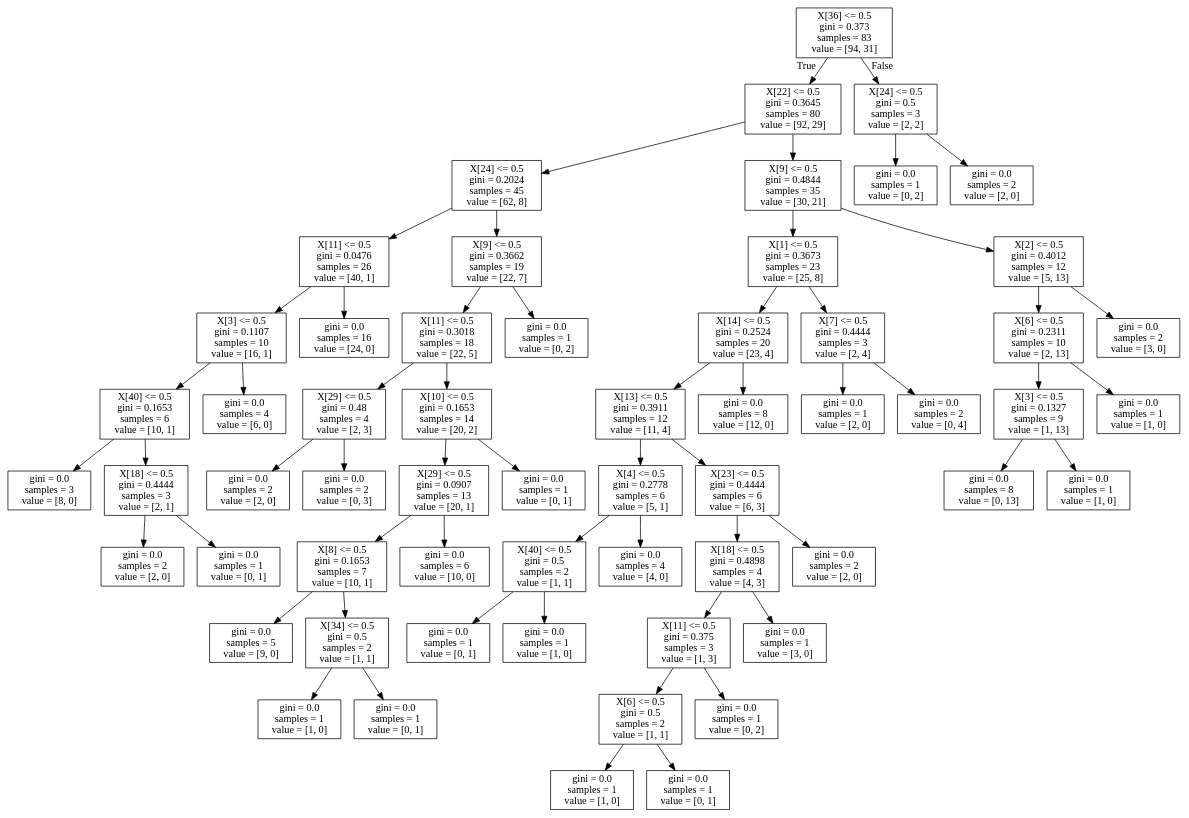
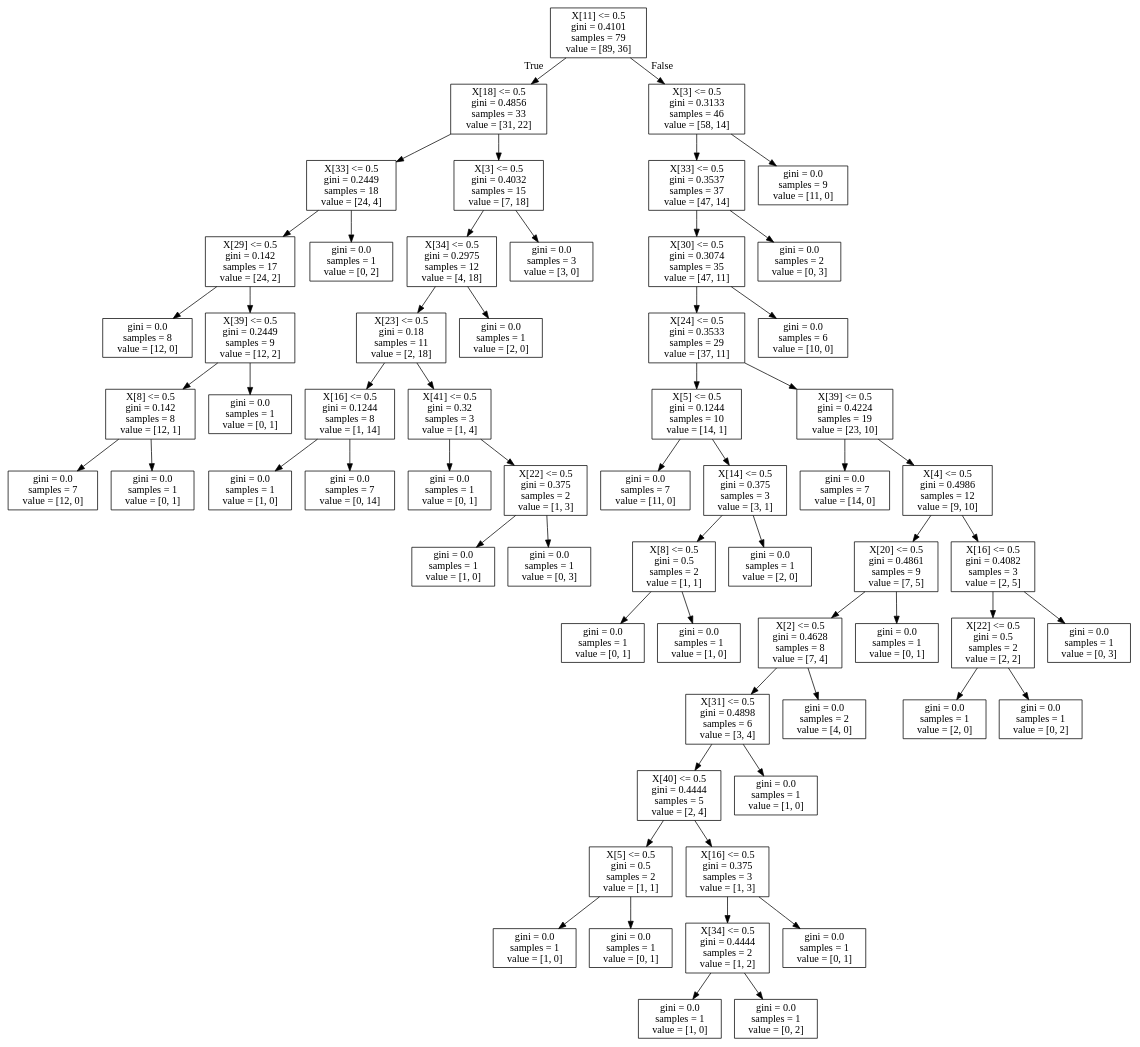
Before and after one commit to aaronfowles/elastography: the diagram in tree4.dot, drawn with Graphviz. The commit also changed 11 other files, not shown here.

```diff
--- a/tree4.dot
+++ b/tree4.dot
@@ -1,120 +1,124 @@
 digraph Tree {
 node [shape=box] ;
-0 [label="X[36] <= 0.5\ngini = 0.373\nsamples = 83\nvalue = [94, 31]"] ;
-1 [label="X[22] <= 0.5\ngini = 0.3645\nsamples = 80\nvalue = [92, 29]"] ;
+0 [label="X[11] <= 0.5\ngini = 0.4101\nsamples = 79\nvalue = [89, 36]"] ;
+1 [label="X[18] <= 0.5\ngini = 0.4856\nsamples = 33\nvalue = [31, 22]"] ;
 0 -> 1 [labeldistance=2.5, labelangle=45, headlabel="True"] ;
-2 [label="X[24] <= 0.5\ngini = 0.2024\nsamples = 45\nvalue = [62, 8]"] ;
+2 [label="X[33] <= 0.5\ngini = 0.2449\nsamples = 18\nvalue = [24, 4]"] ;
 1 -> 2 ;
-3 [label="X[11] <= 0.5\ngini = 0.0476\nsamples = 26\nvalue = [40, 1]"] ;
+3 [label="X[29] <= 0.5\ngini = 0.142\nsamples = 17\nvalue = [24, 2]"] ;
 2 -> 3 ;
-4 [label="X[3] <= 0.5\ngini = 0.1107\nsamples = 10\nvalue = [16, 1]"] ;
+4 [label="gini = 0.0\nsamples = 8\nvalue = [12, 0]"] ;
 3 -> 4 ;
-5 [label="X[40] <= 0.5\ngini = 0.1653\nsamples = 6\nvalue = [10, 1]"] ;
-4 -> 5 ;
-6 [label="gini = 0.0\nsamples = 3\nvalue = [8, 0]"] ;
+5 [label="X[39] <= 0.5\ngini = 0.2449\nsamples = 9\nvalue = [12, 2]"] ;
+3 -> 5 ;
+6 [label="X[8] <= 0.5\ngini = 0.142\nsamples = 8\nvalue = [12, 1]"] ;
 5 -> 6 ;
-7 [label="X[18] <= 0.5\ngini = 0.4444\nsamples = 3\nvalue = [2, 1]"] ;
-5 -> 7 ;
-8 [label="gini = 0.0\nsamples = 2\nvalue = [2, 0]"] ;
-7 -> 8 ;
+7 [label="gini = 0.0\nsamples = 7\nvalue = [12, 0]"] ;
+6 -> 7 ;
+8 [label="gini = 0.0\nsamples = 1\nvalue = [0, 1]"] ;
+6 -> 8 ;
 9 [label="gini = 0.0\nsamples = 1\nvalue = [0, 1]"] ;
-7 -> 9 ;
-10 [label="gini = 0.0\nsamples = 4\nvalue = [6, 0]"] ;
-4 -> 10 ;
-11 [label="gini = 0.0\nsamples = 16\nvalue = [24, 0]"] ;
-3 -> 11 ;
-12 [label="X[9] <= 0.5\ngini = 0.3662\nsamples = 19\nvalue = [22, 7]"] ;
-2 -> 12 ;
-13 [label="X[11] <= 0.5\ngini = 0.3018\nsamples = 18\nvalue = [22, 5]"] ;
+5 -> 9 ;
+10 [label="gini = 0.0\nsamples = 1\nvalue = [0, 2]"] ;
+2 -> 10 ;
+11 [label="X[3] <= 0.5\ngini = 0.4032\nsamples = 15\nvalue = [7, 18]"] ;
+1 -> 11 ;
+12 [label="X[34] <= 0.5\ngini = 0.2975\nsamples = 12\nvalue = [4, 18]"] ;
+11 -> 12 ;
+13 [label="X[23] <= 0.5\ngini = 0.18\nsamples = 11\nvalue = [2, 18]"] ;
 12 -> 13 ;
-14 [label="X[29] <= 0.5\ngini = 0.48\nsamples = 4\nvalue = [2, 3]"] ;
+14 [label="X[16] <= 0.5\ngini = 0.1244\nsamples = 8\nvalue = [1, 14]"] ;
 13 -> 14 ;
-15 [label="gini = 0.0\nsamples = 2\nvalue = [2, 0]"] ;
+15 [label="gini = 0.0\nsamples = 1\nvalue = [1, 0]"] ;
 14 -> 15 ;
-16 [label="gini = 0.0\nsamples = 2\nvalue = [0, 3]"] ;
+16 [label="gini = 0.0\nsamples = 7\nvalue = [0, 14]"] ;
 14 -> 16 ;
-17 [label="X[10] <= 0.5\ngini = 0.1653\nsamples = 14\nvalue = [20, 2]"] ;
+17 [label="X[41] <= 0.5\ngini = 0.32\nsamples = 3\nvalue = [1, 4]"] ;
 13 -> 17 ;
-18 [label="X[29] <= 0.5\ngini = 0.0907\nsamples = 13\nvalue = [20, 1]"] ;
+18 [label="gini = 0.0\nsamples = 1\nvalue = [0, 1]"] ;
 17 -> 18 ;
-19 [label="X[8] <= 0.5\ngini = 0.1653\nsamples = 7\nvalue = [10, 1]"] ;
-18 -> 19 ;
-20 [label="gini = 0.0\nsamples = 5\nvalue = [9, 0]"] ;
+19 [label="X[22] <= 0.5\ngini = 0.375\nsamples = 2\nvalue = [1, 3]"] ;
+17 -> 19 ;
+20 [label="gini = 0.0\nsamples = 1\nvalue = [1, 0]"] ;
 19 -> 20 ;
-21 [label="X[34] <= 0.5\ngini = 0.5\nsamples = 2\nvalue = [1, 1]"] ;
+21 [label="gini = 0.0\nsamples = 1\nvalue = [0, 3]"] ;
 19 -> 21 ;
-22 [label="gini = 0.0\nsamples = 1\nvalue = [1, 0]"] ;
-21 -> 22 ;
-23 [label="gini = 0.0\nsamples = 1\nvalue = [0, 1]"] ;
-21 -> 23 ;
-24 [label="gini = 0.0\nsamples = 6\nvalue = [10, 0]"] ;
-18 -> 24 ;
-25 [label="gini = 0.0\nsamples = 1\nvalue = [0, 1]"] ;
-17 -> 25 ;
-26 [label="gini = 0.0\nsamples = 1\nvalue = [0, 2]"] ;
-12 -> 26 ;
-27 [label="X[9] <= 0.5\ngini = 0.4844\nsamples = 35\nvalue = [30, 21]"] ;
-1 -> 27 ;
-28 [label="X[1] <= 0.5\ngini = 0.3673\nsamples = 23\nvalue = [25, 8]"] ;
+22 [label="gini = 0.0\nsamples = 1\nvalue = [2, 0]"] ;
+12 -> 22 ;
+23 [label="gini = 0.0\nsamples = 3\nvalue = [3, 0]"] ;
+11 -> 23 ;
+24 [label="X[3] <= 0.5\ngini = 0.3133\nsamples = 46\nvalue = [58, 14]"] ;
+0 -> 24 [labeldistance=2.5, labelangle=-45, headlabel="False"] ;
+25 [label="X[33] <= 0.5\ngini = 0.3537\nsamples = 37\nvalue = [47, 14]"] ;
+24 -> 25 ;
+26 [label="X[30] <= 0.5\ngini = 0.3074\nsamples = 35\nvalue = [47, 11]"] ;
+25 -> 26 ;
+27 [label="X[24] <= 0.5\ngini = 0.3533\nsamples = 29\nvalue = [37, 11]"] ;
+26 -> 27 ;
+28 [label="X[5] <= 0.5\ngini = 0.1244\nsamples = 10\nvalue = [14, 1]"] ;
 27 -> 28 ;
-29 [label="X[14] <= 0.5\ngini = 0.2524\nsamples = 20\nvalue = [23, 4]"] ;
+29 [label="gini = 0.0\nsamples = 7\nvalue = [11, 0]"] ;
 28 -> 29 ;
-30 [label="X[13] <= 0.5\ngini = 0.3911\nsamples = 12\nvalue = [11, 4]"] ;
-29 -> 30 ;
-31 [label="X[4] <= 0.5\ngini = 0.2778\nsamples = 6\nvalue = [5, 1]"] ;
+30 [label="X[14] <= 0.5\ngini = 0.375\nsamples = 3\nvalue = [3, 1]"] ;
+28 -> 30 ;
+31 [label="X[8] <= 0.5\ngini = 0.5\nsamples = 2\nvalue = [1, 1]"] ;
 30 -> 31 ;
-32 [label="X[40] <= 0.5\ngini = 0.5\nsamples = 2\nvalue = [1, 1]"] ;
+32 [label="gini = 0.0\nsamples = 1\nvalue = [0, 1]"] ;
 31 -> 32 ;
-33 [label="gini = 0.0\nsamples = 1\nvalue = [0, 1]"] ;
-32 -> 33 ;
-34 [label="gini = 0.0\nsamples = 1\nvalue = [1, 0]"] ;
-32 -> 34 ;
-35 [label="gini = 0.0\nsamples = 4\nvalue = [4, 0]"] ;
-31 -> 35 ;
-36 [label="X[23] <= 0.5\ngini = 0.4444\nsamples = 6\nvalue = [6, 3]"] ;
-30 -> 36 ;
-37 [label="X[18] <= 0.5\ngini = 0.4898\nsamples = 4\nvalue = [4, 3]"] ;
-36 -> 37 ;
-38 [label="X[11] <= 0.5\ngini = 0.375\nsamples = 3\nvalue = [1, 3]"] ;
+33 [label="gini = 0.0\nsamples = 1\nvalue = [1, 0]"] ;
+31 -> 33 ;
+34 [label="gini = 0.0\nsamples = 1\nvalue = [2, 0]"] ;
+30 -> 34 ;
+35 [label="X[39] <= 0.5\ngini = 0.4224\nsamples = 19\nvalue = [23, 10]"] ;
+27 -> 35 ;
+36 [label="gini = 0.0\nsamples = 7\nvalue = [14, 0]"] ;
+35 -> 36 ;
+37 [label="X[4] <= 0.5\ngini = 0.4986\nsamples = 12\nvalue = [9, 10]"] ;
+35 -> 37 ;
+38 [label="X[20] <= 0.5\ngini = 0.4861\nsamples = 9\nvalue = [7, 5]"] ;
 37 -> 38 ;
-39 [label="X[6] <= 0.5\ngini = 0.5\nsamples = 2\nvalue = [1, 1]"] ;
+39 [label="X[2] <= 0.5\ngini = 0.4628\nsamples = 8\nvalue = [7, 4]"] ;
 38 -> 39 ;
-40 [label="gini = 0.0\nsamples = 1\nvalue = [1, 0]"] ;
+40 [label="X[31] <= 0.5\ngini = 0.4898\nsamples = 6\nvalue = [3, 4]"] ;
 39 -> 40 ;
-41 [label="gini = 0.0\nsamples = 1\nvalue = [0, 1]"] ;
-39 -> 41 ;
-42 [label="gini = 0.0\nsamples = 1\nvalue = [0, 2]"] ;
-38 -> 42 ;
-43 [label="gini = 0.0\nsamples = 1\nvalue = [3, 0]"] ;
-37 -> 43 ;
-44 [label="gini = 0.0\nsamples = 2\nvalue = [2, 0]"] ;
-36 -> 44 ;
-45 [label="gini = 0.0\nsamples = 8\nvalue = [12, 0]"] ;
-29 -> 45 ;
-46 [label="X[7] <= 0.5\ngini = 0.4444\nsamples = 3\nvalue = [2, 4]"] ;
-28 -> 46 ;
-47 [label="gini = 0.0\nsamples = 1\nvalue = [2, 0]"] ;
+41 [label="X[40] <= 0.5\ngini = 0.4444\nsamples = 5\nvalue = [2, 4]"] ;
+40 -> 41 ;
+42 [label="X[5] <= 0.5\ngini = 0.5\nsamples = 2\nvalue = [1, 1]"] ;
+41 -> 42 ;
+43 [label="gini = 0.0\nsamples = 1\nvalue = [1, 0]"] ;
+42 -> 43 ;
+44 [label="gini = 0.0\nsamples = 1\nvalue = [0, 1]"] ;
+42 -> 44 ;
+45 [label="X[16] <= 0.5\ngini = 0.375\nsamples = 3\nvalue = [1, 3]"] ;
+41 -> 45 ;
+46 [label="X[34] <= 0.5\ngini = 0.4444\nsamples = 2\nvalue = [1, 2]"] ;
+45 -> 46 ;
+47 [label="gini = 0.0\nsamples = 1\nvalue = [1, 0]"] ;
 46 -> 47 ;
-48 [label="gini = 0.0\nsamples = 2\nvalue = [0, 4]"] ;
+48 [label="gini = 0.0\nsamples = 1\nvalue = [0, 2]"] ;
 46 -> 48 ;
-49 [label="X[2] <= 0.5\ngini = 0.4012\nsamples = 12\nvalue = [5, 13]"] ;
-27 -> 49 ;
-50 [label="X[6] <= 0.5\ngini = 0.2311\nsamples = 10\nvalue = [2, 13]"] ;
-49 -> 50 ;
-51 [label="X[3] <= 0.5\ngini = 0.1327\nsamples = 9\nvalue = [1, 13]"] ;
-50 -> 51 ;
-52 [label="gini = 0.0\nsamples = 8\nvalue = [0, 13]"] ;
-51 -> 52 ;
-53 [label="gini = 0.0\nsamples = 1\nvalue = [1, 0]"] ;
-51 -> 53 ;
-54 [label="gini = 0.0\nsamples = 1\nvalue = [1, 0]"] ;
-50 -> 54 ;
-55 [label="gini = 0.0\nsamples = 2\nvalue = [3, 0]"] ;
-49 -> 55 ;
-56 [label="X[24] <= 0.5\ngini = 0.5\nsamples = 3\nvalue = [2, 2]"] ;
-0 -> 56 [labeldistance=2.5, labelangle=-45, headlabel="False"] ;
-57 [label="gini = 0.0\nsamples = 1\nvalue = [0, 2]"] ;
-56 -> 57 ;
-58 [label="gini = 0.0\nsamples = 2\nvalue = [2, 0]"] ;
-56 -> 58 ;
+49 [label="gini = 0.0\nsamples = 1\nvalue = [0, 1]"] ;
+45 -> 49 ;
+50 [label="gini = 0.0\nsamples = 1\nvalue = [1, 0]"] ;
+40 -> 50 ;
+51 [label="gini = 0.0\nsamples = 2\nvalue = [4, 0]"] ;
+39 -> 51 ;
+52 [label="gini = 0.0\nsamples = 1\nvalue = [0, 1]"] ;
+38 -> 52 ;
+53 [label="X[16] <= 0.5\ngini = 0.4082\nsamples = 3\nvalue = [2, 5]"] ;
+37 -> 53 ;
+54 [label="X[22] <= 0.5\ngini = 0.5\nsamples = 2\nvalue = [2, 2]"] ;
+53 -> 54 ;
+55 [label="gini = 0.0\nsamples = 1\nvalue = [2, 0]"] ;
+54 -> 55 ;
+56 [label="gini = 0.0\nsamples = 1\nvalue = [0, 2]"] ;
+54 -> 56 ;
+57 [label="gini = 0.0\nsamples = 1\nvalue = [0, 3]"] ;
+53 -> 57 ;
+58 [label="gini = 0.0\nsamples = 6\nvalue = [10, 0]"] ;
+26 -> 58 ;
+59 [label="gini = 0.0\nsamples = 2\nvalue = [0, 3]"] ;
+25 -> 59 ;
+60 [label="gini = 0.0\nsamples = 9\nvalue = [11, 0]"] ;
+24 -> 60 ;
 }
```
